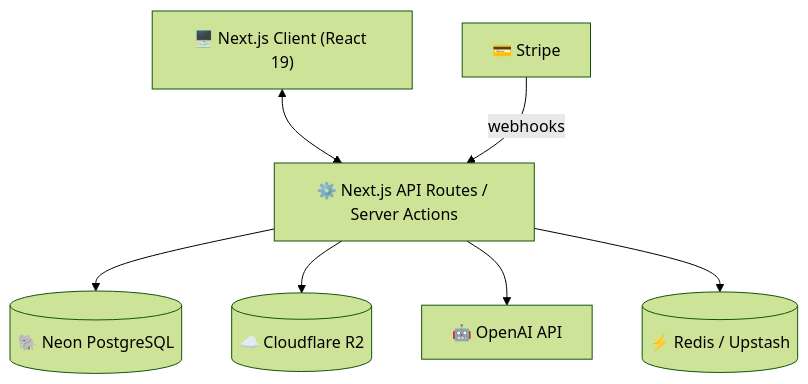
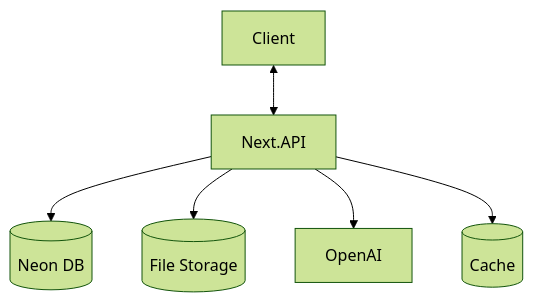
The first of 3 diagrams in contex/project-overview.md (emines0/devstash), drawn with Mermaid (forest theme) before and after one commit. The commit also changed other lines of this file and 3 other files, not shown here.

````diff
--- a/contex/project-overview.md
+++ b/contex/project-overview.md
@@ -276,17 +252,8 @@
 ```mermaid
-graph TD
-    Client["🖥️ Next.js Client (React 19)"]
-    API["⚙️ Next.js API Routes / Server Actions"]
-    DB[(🐘 Neon PostgreSQL)]
-    R2[(☁️ Cloudflare R2)]
-    AI["🤖 OpenAI API"]
-    Cache[(⚡ Redis / Upstash)]
-    Stripe["💳 Stripe"]
-
-    Client <--> API
-    API --> DB
-    API --> R2
-    API --> AI
-    API --> Cache
-    Stripe -- "webhooks" --> API
+graph TD;
+  Client <--> Next.API
+  Next.API --> Postgres[(Neon DB)]
+  Next.API --> R2[(File Storage)]
+  Next.API --> OpenAI
+  Next.API --> Redis[(Cache)]
 ```
````
